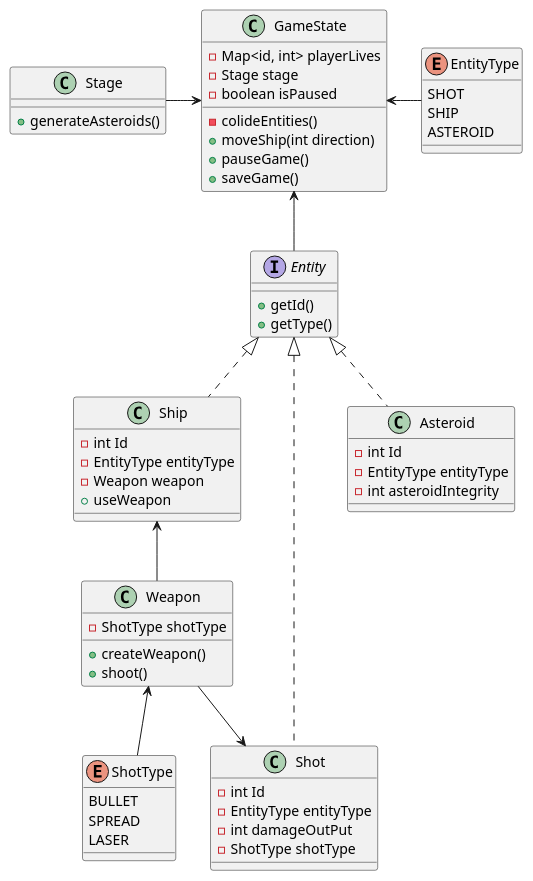
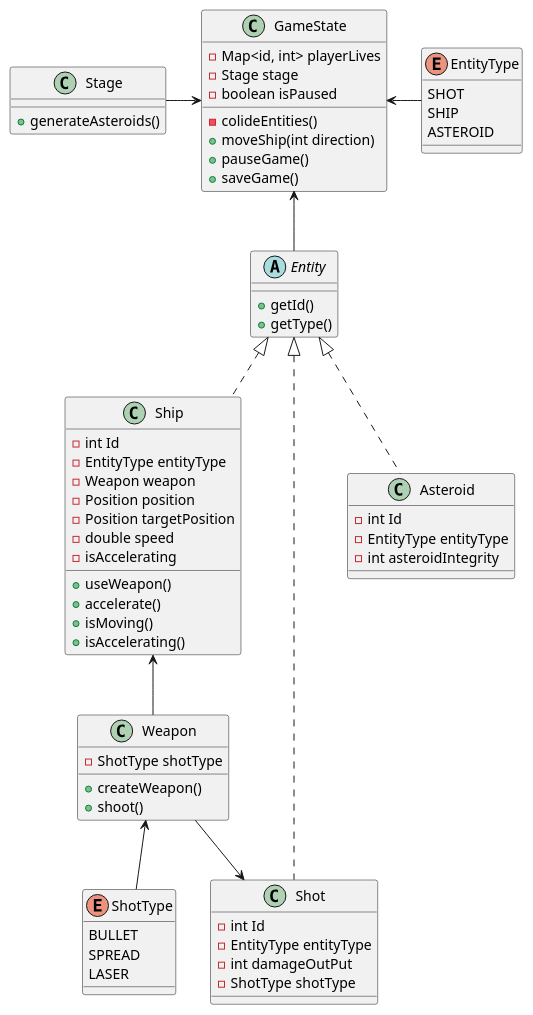
Before and after one commit to JulianRecio/dis-sist-StarShips: the diagram in diagrams/starshipsDiagram.puml, drawn with PlantUML. The commit also changed 20 other files, not shown here.

```diff
--- a/diagrams/starshipsDiagram.puml
+++ b/diagrams/starshipsDiagram.puml
@@ -1,69 +1,76 @@
 @startuml
 'https://plantuml.com/sequence-diagram
 
 class GameState{
 - Map<id, int> playerLives
 - Stage stage
 - boolean isPaused
 - colideEntities()
 + moveShip(int direction)
 + pauseGame()
 + saveGame()
 }
 
 GameState <-- Entity
-interface Entity{
+abstract class Entity{
 +getId()
 +getType()
 }
 
 Entity <|.. Ship
 class Ship{
 - int Id
 - EntityType entityType
 - Weapon weapon
-+ useWeapon
+- Position position
+- Position targetPosition
+- double speed
+- isAccelerating
++ useWeapon()
++ accelerate()
++ isMoving()
++ isAccelerating()
 }
 
 Weapon --> Shot
 Ship <--Weapon
 class Weapon{
 - ShotType shotType
 + createWeapon()
 + shoot()
 }
 
 Entity <|.. Shot
 class Shot{
 - int Id
 - EntityType entityType
 - int damageOutPut
 - ShotType shotType
 }
 
 Stage -> GameState
 class Stage{
 + generateAsteroids()
 }
 
 Entity <|.. Asteroid
 class Asteroid{
 - int Id
 - EntityType entityType
 - int asteroidIntegrity
 }
 
 Weapon <-- ShotType
 enum ShotType{
 BULLET
 SPREAD
 LASER
 }
 
 GameState <- EntityType
 enum EntityType{
 SHOT
 SHIP
 ASTEROID
 }
 @enduml
```
